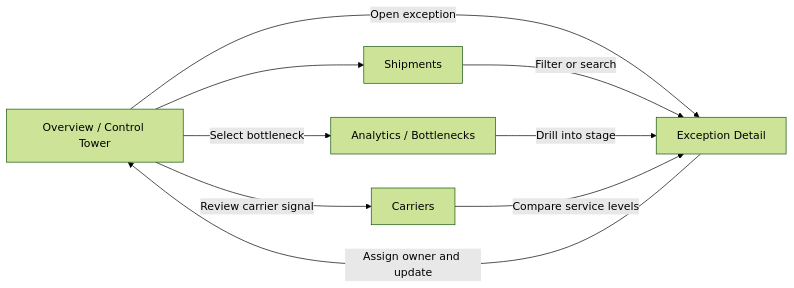
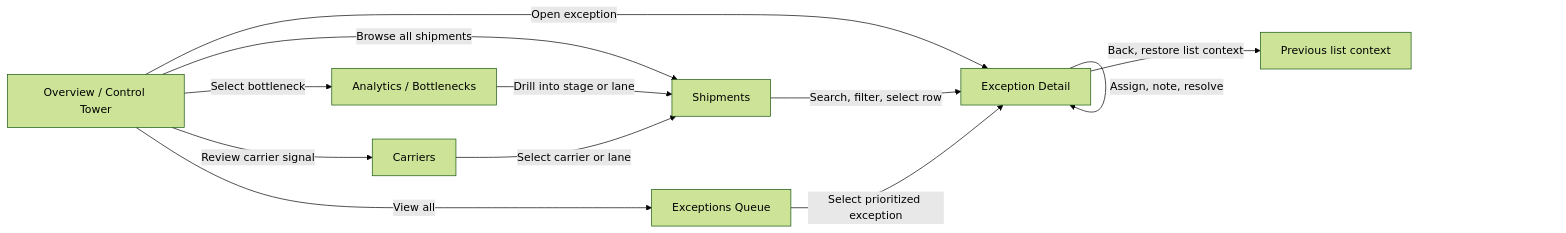
Before and after one commit to Gouthaman-007/Logistic-Company: the diagram in docs/MOCK-UX.md, drawn with Mermaid (forest theme). The commit also changed other lines of this file and 1 other file, not shown here.

````diff
--- a/docs/MOCK-UX.md
+++ b/docs/MOCK-UX.md
@@ -13,11 +13,14 @@
 ```mermaid
 flowchart LR
-    O[Overview / Control Tower] -->|Open exception| E[Exception Detail]
+    O[Overview / Control Tower] -->|Open exception| D[Exception Detail]
+    O -->|View all| Q[Exceptions Queue]
     O -->|Select bottleneck| A[Analytics / Bottlenecks]
     O -->|Review carrier signal| C[Carriers]
-    O --> S[Shipments]
-    S -->|Filter or search| E
-    E -->|Assign owner and update| O
-    A -->|Drill into stage| E
-    C -->|Compare service levels| E
+    O -->|Browse all shipments| S[Shipments]
+    S -->|Search, filter, select row| D
+    Q -->|Select prioritized exception| D
+    A -->|Drill into stage or lane| S
+    C -->|Select carrier or lane| S
+    D -->|Assign, note, resolve| D
+    D -->|Back, restore list context| P[Previous list context]
 ```
````
